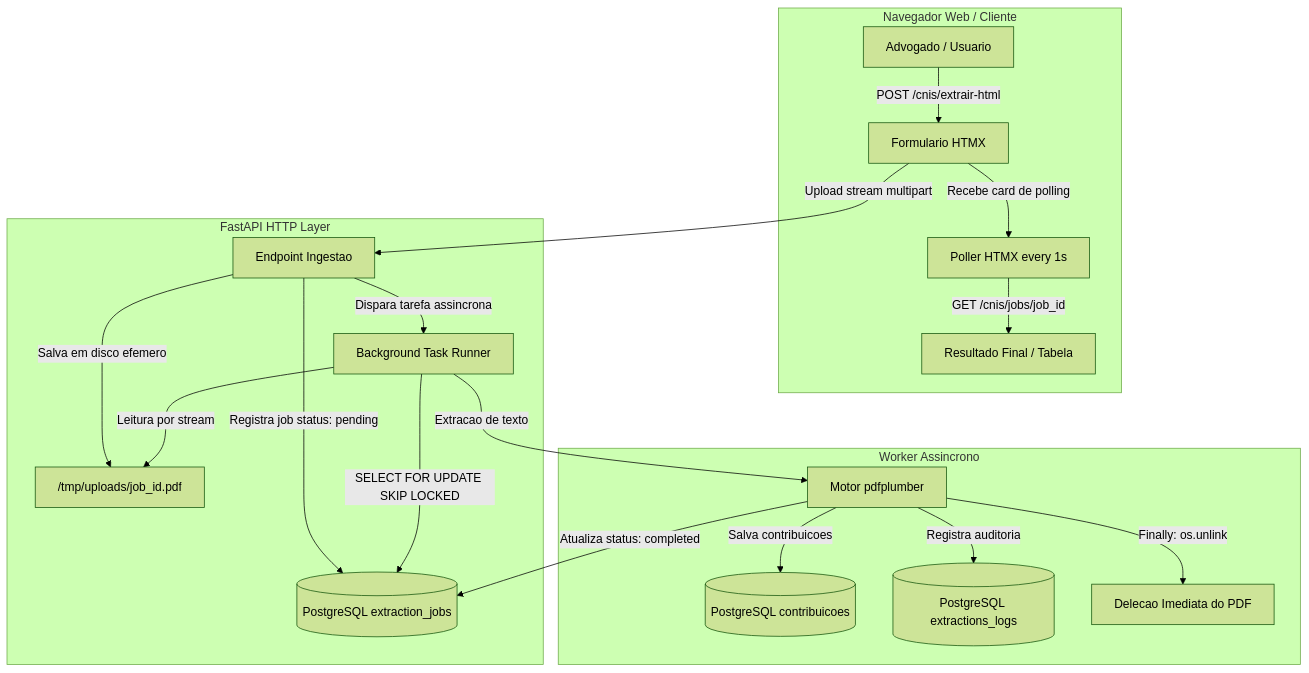
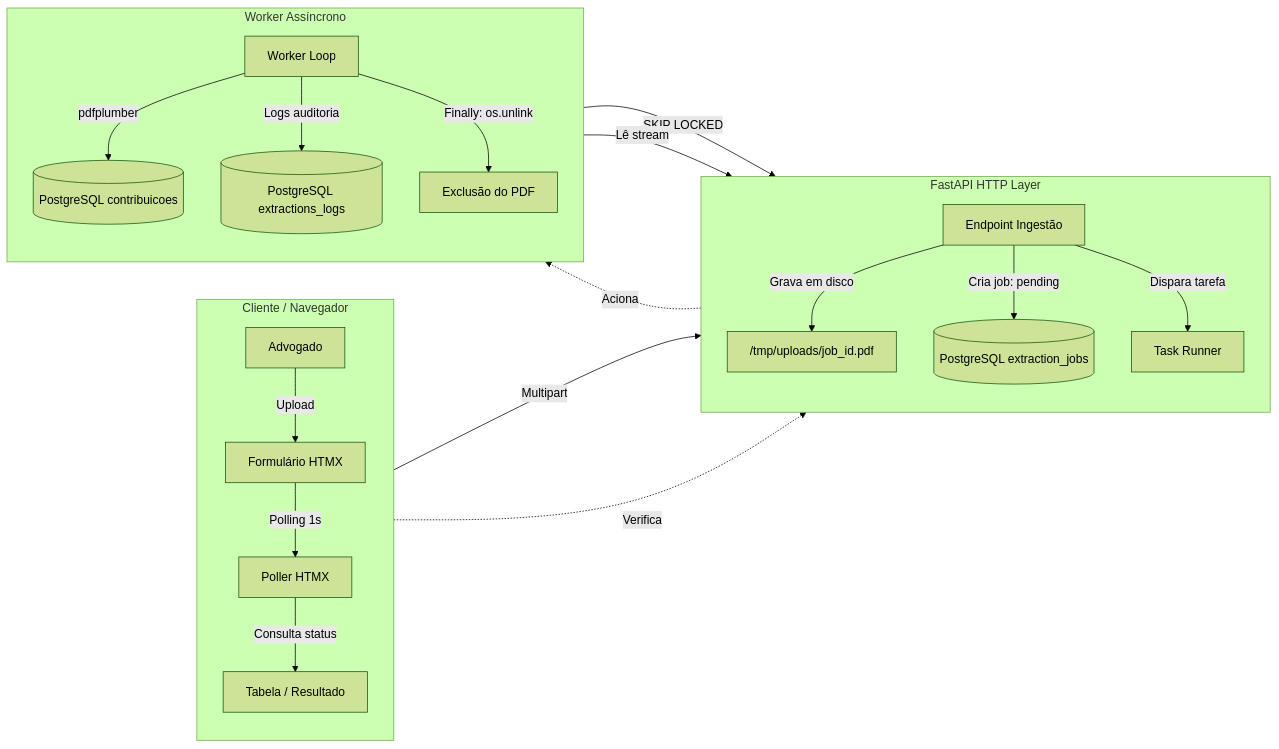
The diagram in README.md (thalesgmartins/parse-app), drawn with Mermaid (forest theme) before and after one commit.

Commit message:
chore: alterando direção da renderização do mermaid no readme
Updated flowchart to improve clarity and structure.

````diff
--- a/README.md
+++ b/README.md
@@ -43,25 +43,29 @@
 ```mermaid
-flowchart TD
-    subgraph Cliente ["Navegador Web / Cliente"]
-        A[Advogado / Usuario] -->|POST /cnis/extrair-html| B[Formulario HTMX]
-        B -->|Recebe card de polling| C[Poller HTMX every 1s]
-        C -->|GET /cnis/jobs/job_id| D[Resultado Final / Tabela]
+flowchart LR
+    subgraph Cliente ["Cliente / Navegador"]
+        direction TB
+        A[Advogado] -->|Upload| B[Formulário HTMX]
+        B -->|Polling 1s| C[Poller HTMX]
+        C -->|Consulta status| D[Tabela / Resultado]
     end
 
     subgraph API ["FastAPI HTTP Layer"]
-        B -->|Upload stream multipart| E[Endpoint Ingestao]
-        E -->|Salva em disco efemero| F["/tmp/uploads/job_id.pdf"]
-        E -->|Registra job status: pending| G[(PostgreSQL extraction_jobs)]
-        E -->|Dispara tarefa assincrona| H[Background Task Runner]
+        direction TB
+        E[Endpoint Ingestão] -->|Grava em disco| F["/tmp/uploads/job_id.pdf"]
+        E -->|Cria job: pending| G[(PostgreSQL extraction_jobs)]
+        E -->|Dispara tarefa| H[Task Runner]
     end
 
-    subgraph Worker ["Worker Assincrono"]
-        H -->|SELECT FOR UPDATE SKIP LOCKED| G
-        H -->|Leitura por stream| F
-        H -->|Extracao de texto| I[Motor pdfplumber]
-        I -->|Salva contribuicoes| J[(PostgreSQL contribuicoes)]
-        I -->|Registra auditoria| K[(PostgreSQL extractions_logs)]
-        I -->|Atualiza status: completed| G
-        I -->|Finally: os.unlink| L[Delecao Imediata do PDF]
+    subgraph Worker ["Worker Assíncrono"]
+        direction TB
+        I[Worker Loop] -->|SKIP LOCKED| G
+        I -->|Lê stream| F
+        I -->|pdfplumber| J[(PostgreSQL contribuicoes)]
+        I -->|Logs auditoria| K[(PostgreSQL extractions_logs)]
+        I -->|Finally: os.unlink| L[Exclusão do PDF]
     end
+
+    B -->|Multipart| E
+    H -.->|Aciona| I
+    C -.->|Verifica| G
 ```
````
